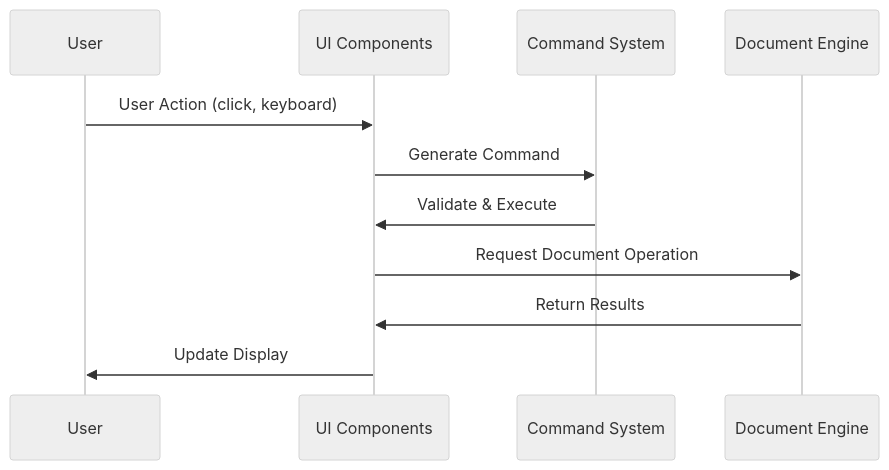
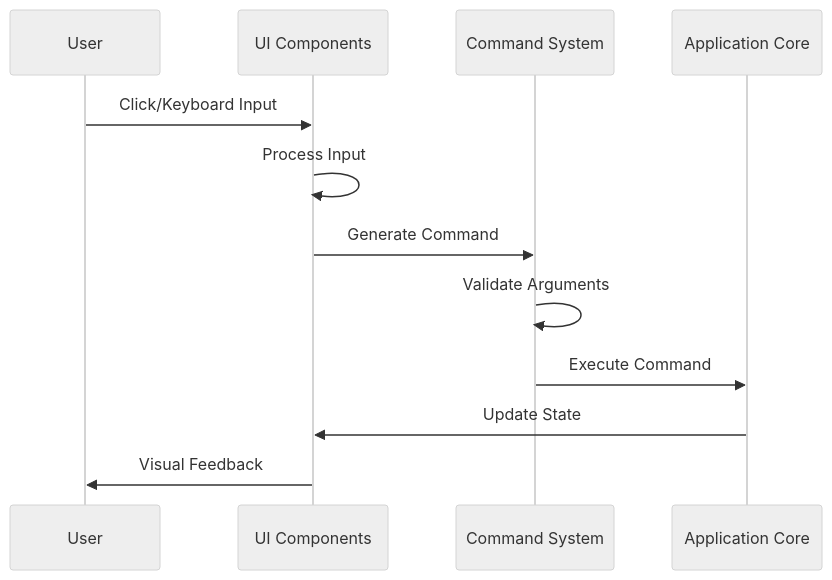
The ninth of 11 diagrams in docs/sumatrapdfreader--sumatrapdf-docs/ui_components.md (FSoft-AI4Code/codewiki-demo), drawn with Mermaid (neutral theme) before and after one commit. The commit also changed other lines of this file and 1103 other files, not shown here.

````diff
--- a/docs/sumatrapdfreader--sumatrapdf-docs/ui_components.md
+++ b/docs/sumatrapdfreader--sumatrapdf-docs/ui_components.md
@@ -308,14 +386,15 @@
 ```mermaid
 sequenceDiagram
     participant User
     participant UI as UI Components
-    participant Commands as Command System
-    participant Engine as Document Engine
+    participant CMD as Command System
+    participant APP as Application Core
     
-    User->>UI: User Action (click, keyboard)
-    UI->>Commands: Generate Command
-    Commands->>UI: Validate & Execute
-    UI->>Engine: Request Document Operation
-    Engine->>UI: Return Results
-    UI->>User: Update Display
+    User->>UI: Click/Keyboard Input
+    UI->>UI: Process Input
+    UI->>CMD: Generate Command
+    CMD->>CMD: Validate Arguments
+    CMD->>APP: Execute Command
+    APP->>UI: Update State
+    UI->>User: Visual Feedback
 ```
````
